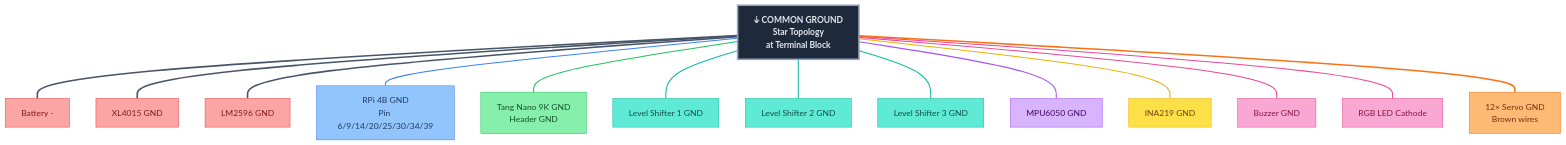
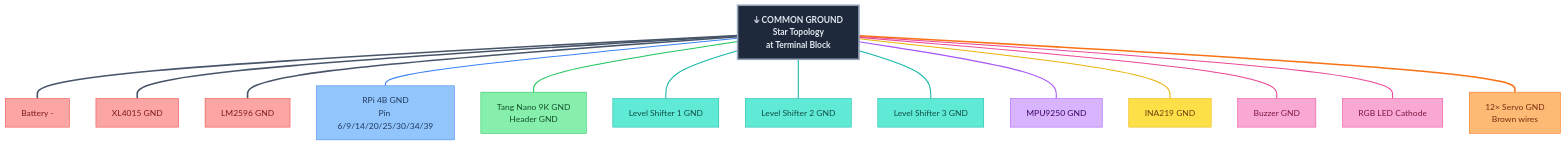
One commit to Major-Project-001/VIGIL-RQ changed the second of 2 diagrams in control/docs/wiring_reference.md. Above: the diagram before and after it, drawn with Mermaid. The commit also changed 5 other files, not shown here.

Commit message:
docs: standardize IMU references to MPU9250 across all files

````diff
--- a/control/docs/wiring_reference.md
+++ b/control/docs/wiring_reference.md
@@ -51,53 +51,53 @@
 ```mermaid
 graph TB
     classDef gnd fill:#475569,stroke:#334155,color:#fff,font-weight:bold
     classDef rpiPin fill:#93c5fd,stroke:#3b82f6,color:#1e3a5f
     classDef fpgaPin fill:#86efac,stroke:#22c55e,color:#14532d
     classDef lsPin fill:#5eead4,stroke:#14b8a6,color:#134e4a
     classDef servoPin fill:#fdba74,stroke:#f97316,color:#7c2d12
     classDef imuPin fill:#d8b4fe,stroke:#a855f7,color:#3b0764
     classDef inaPin fill:#fde047,stroke:#eab308,color:#713f12
     classDef alertPin fill:#f9a8d4,stroke:#ec4899,color:#831843
     classDef powerPin fill:#fca5a5,stroke:#ef4444,color:#7f1d1d
 
     GND_STAR["⏚ COMMON GROUND<br/>Star Topology<br/>at Terminal Block"]:::gnd
 
     BAT_G["Battery -"]:::powerPin
     BUCKS_G["XL4015 GND"]:::powerPin
     BUCKL_G["LM2596 GND"]:::powerPin
     RPI_G["RPi 4B GND<br/>Pin 6/9/14/20/25/30/34/39"]:::rpiPin
     FPGA_G["Tang Nano 9K GND<br/>Header GND"]:::fpgaPin
     LS1_G["Level Shifter 1 GND"]:::lsPin
     LS2_G["Level Shifter 2 GND"]:::lsPin
     LS3_G["Level Shifter 3 GND"]:::lsPin
-    IMU_G["MPU6050 GND"]:::imuPin
+    IMU_G["MPU9250 GND"]:::imuPin
     INA_G["INA219 GND"]:::inaPin
     BUZ_G["Buzzer GND"]:::alertPin
     RGB_G["RGB LED Cathode"]:::alertPin
     SERVO_G["12× Servo GND<br/>Brown wires"]:::servoPin
 
     GND_STAR --- BAT_G
     GND_STAR --- BUCKS_G
     GND_STAR --- BUCKL_G
     GND_STAR --- RPI_G
     GND_STAR --- FPGA_G
     GND_STAR --- LS1_G
     GND_STAR --- LS2_G
     GND_STAR --- LS3_G
     GND_STAR --- IMU_G
     GND_STAR --- INA_G
     GND_STAR --- BUZ_G
     GND_STAR --- RGB_G
     GND_STAR --- SERVO_G
 
     linkStyle 0,1,2 stroke:#475569,stroke-width:3px
     linkStyle 3 stroke:#3b82f6,stroke-width:2px
     linkStyle 4 stroke:#22c55e,stroke-width:2px
     linkStyle 5,6,7 stroke:#14b8a6,stroke-width:2px
     linkStyle 8 stroke:#a855f7,stroke-width:2px
     linkStyle 9 stroke:#eab308,stroke-width:2px
     linkStyle 10,11 stroke:#ec4899,stroke-width:2px
     linkStyle 12 stroke:#f97316,stroke-width:3px
 
     style GND_STAR fill:#1e293b,stroke:#94a3b8,color:#e2e8f0,stroke-width:3px
 ```
````
